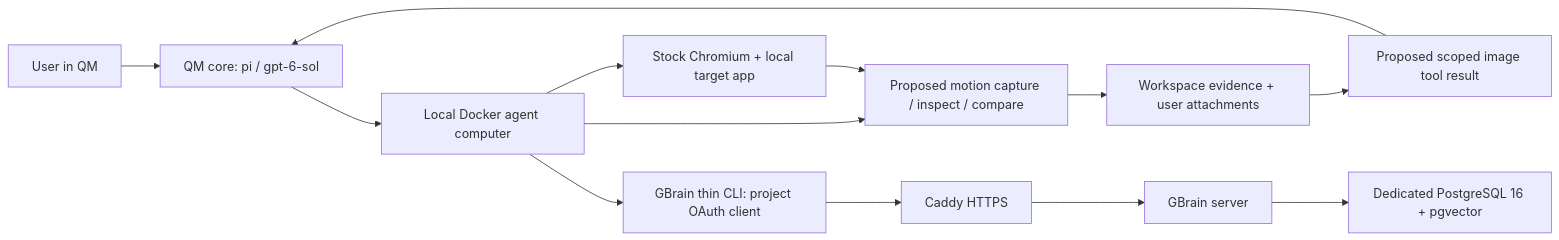
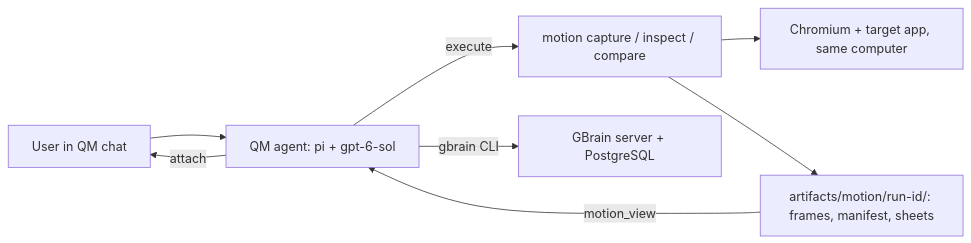
One commit to charliec2004/qm-motion changed the diagram in docs/architecture.md. Above: the diagram before and after it, drawn with Mermaid. The commit also changed other lines of this file and 8 other files, not shown here.

````diff
--- a/docs/architecture.md
+++ b/docs/architecture.md
@@ -6,15 +32,10 @@
 ```mermaid
 flowchart LR
-    User[User in QM] --> QM[QM core: pi / gpt-6-sol]
-    QM --> Computer[Local Docker agent computer]
-    Computer --> Browser[Stock Chromium + local target app]
-    Computer --> Motion[Proposed motion capture / inspect / compare]
-    Browser --> Motion
-    Motion --> Evidence[Workspace evidence + user attachments]
-    Evidence --> Bridge[Proposed scoped image tool result]
-    Bridge --> QM
-    Computer --> Client[GBrain thin CLI: project OAuth client]
-    Client --> TLS[Caddy HTTPS]
-    TLS --> Brain[GBrain server]
-    Brain --> DB[Dedicated PostgreSQL 16 + pgvector]
+    User[User in QM chat] --> Agent[QM agent: pi + gpt-6-sol]
+    Agent -- execute --> CLI[motion capture / inspect / compare]
+    CLI --> Chrome[Chromium + target app, same computer]
+    CLI --> Files[artifacts/motion/run-id/: frames, manifest, sheets]
+    Files -- motion_view --> Agent
+    Agent -- attach --> User
+    Agent -- gbrain CLI --> Brain[GBrain server + PostgreSQL]
 ```
````
